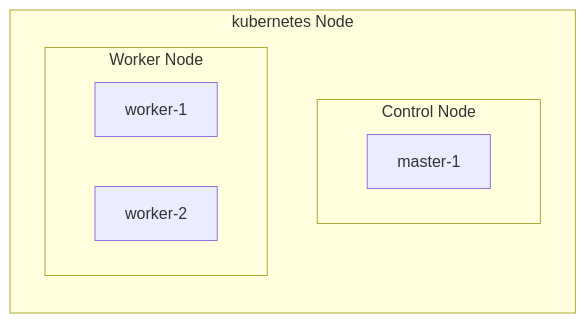
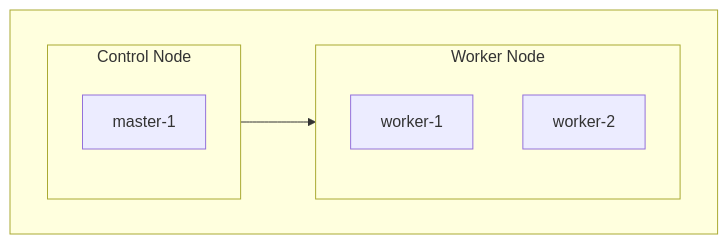
The diagram in README.md (kuroweb/k8s), drawn with Mermaid before and after one commit. The commit also changed other lines of this file, not shown here.

````diff
--- a/README.md
+++ b/README.md
@@ -38,13 +33,17 @@
 ```mermaid
-graph LR
-  subgraph k8s["kubernetes Node"]
-    subgraph Control Node
+graph
+  direction LR
+
+  subgraph k8s[" "]
+    subgraph control["Control Node"]
       master-1
     end
 
-    subgraph Worker Node
+    subgraph worker["Worker Node"]
       worker-1
       worker-2
     end
   end
+
+  control-->worker
 ```
````
